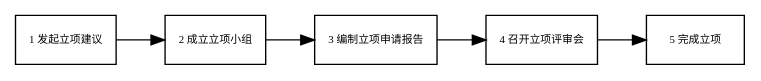
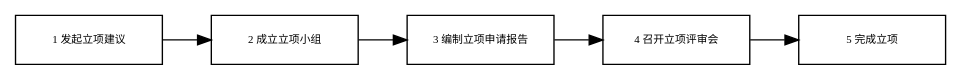
One commit to cruiurc/cruiurc.github.io changed the diagram in source/work/lp/asset/立项流程.rst. Above: the diagram before and after it, drawn with Graphviz. The commit also changed 1 other file, not shown here.

```diff
--- a/source/work/lp/asset/立项流程.rst
+++ b/source/work/lp/asset/立项流程.rst
@@ -45,13 +45,13 @@
 .. graphviz::
 
     digraph 立项{
       {
-        发起立项建议 [shape=box fontsize=8 width=1 label="1 发起立项建议"];
-        成立立项小组 [shape=box fontsize=8 width=1 label="2 成立立项小组"];
-        编制立项申请报告 [shape=box fontsize=8 width=1 label="3 编制立项申请报告"];
-        召开立项评审会 [shape=box fontsize=8 width=1 label="4 召开立项评审会"];
-        完成立项 [shape=box fontsize=8 width=1 label="5 完成立项"];
+        发起立项建议 [shape=box fontsize=8 width=1.5 label="1 发起立项建议"];
+        成立立项小组 [shape=box fontsize=8 width=1.5 label="2 成立立项小组"];
+        编制立项申请报告 [shape=box fontsize=8 width=1.5 label="3 编制立项申请报告"];
+        召开立项评审会 [shape=box fontsize=8 width=1.5 label="4 召开立项评审会"];
+        完成立项 [shape=box fontsize=8 width=1.5 label="5 完成立项"];
       }
         rankdir="LR"
         发起立项建议 -> 成立立项小组 -> 编制立项申请报告 -> 召开立项评审会 -> 完成立项;
     }
```
